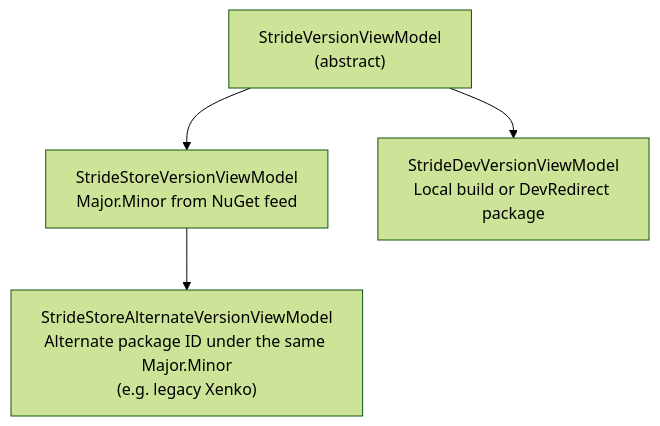
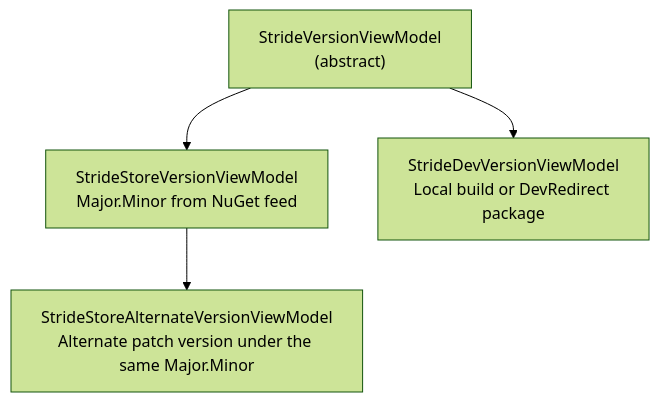
One commit to stride3d/stride changed the diagram in docs/launcher/versions.md. Above: the diagram before and after it, drawn with Mermaid (forest theme). The commit also changed other lines of this file and 5 other files, not shown here.

````diff
--- a/docs/launcher/versions.md
+++ b/docs/launcher/versions.md
@@ -7,11 +7,11 @@
 ```mermaid
 flowchart TD
     SVM["StrideVersionViewModel<br/>(abstract)"]
     SSV["StrideStoreVersionViewModel<br/>Major.Minor from NuGet feed"]
-    SSA["StrideStoreAlternateVersionViewModel<br/>Alternate package ID under the same Major.Minor<br/>(e.g. legacy Xenko)"]
+    SSA["StrideStoreAlternateVersionViewModel<br/>Alternate patch version under the same Major.Minor"]
     SDV["StrideDevVersionViewModel<br/>Local build or DevRedirect package"]
 
     SVM --> SSV
     SVM --> SDV
     SSV --> SSA
 ```
````
